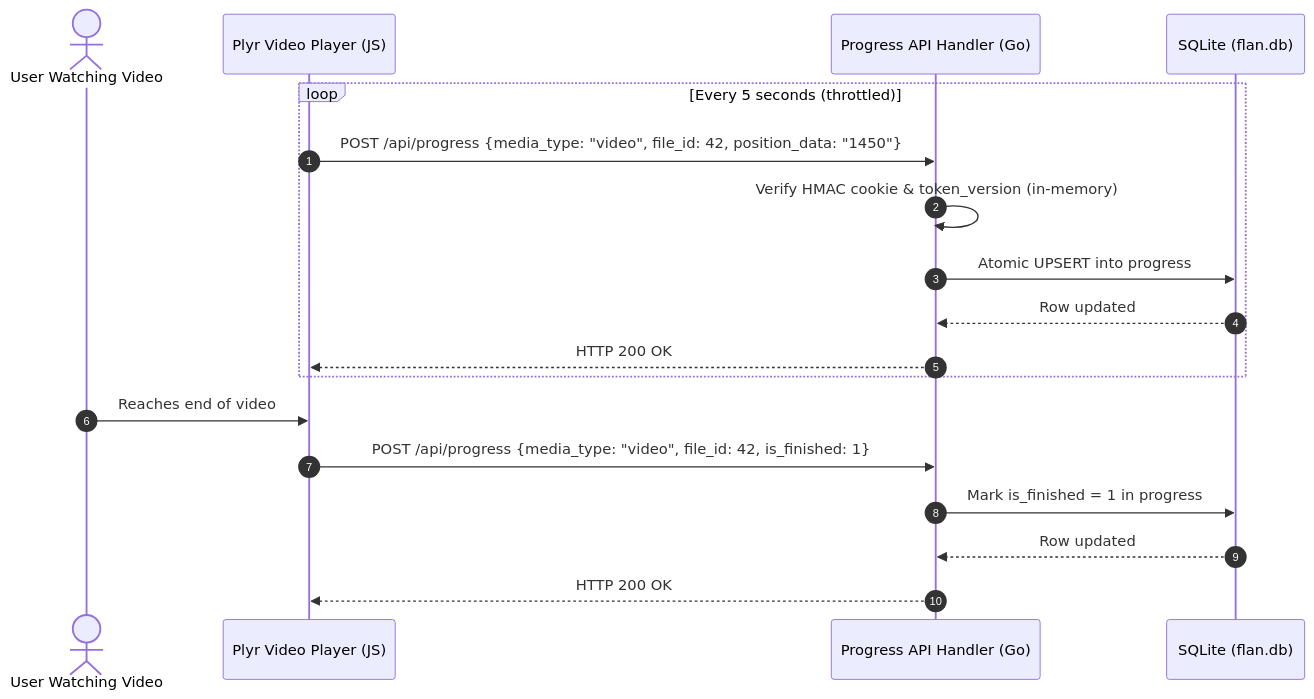
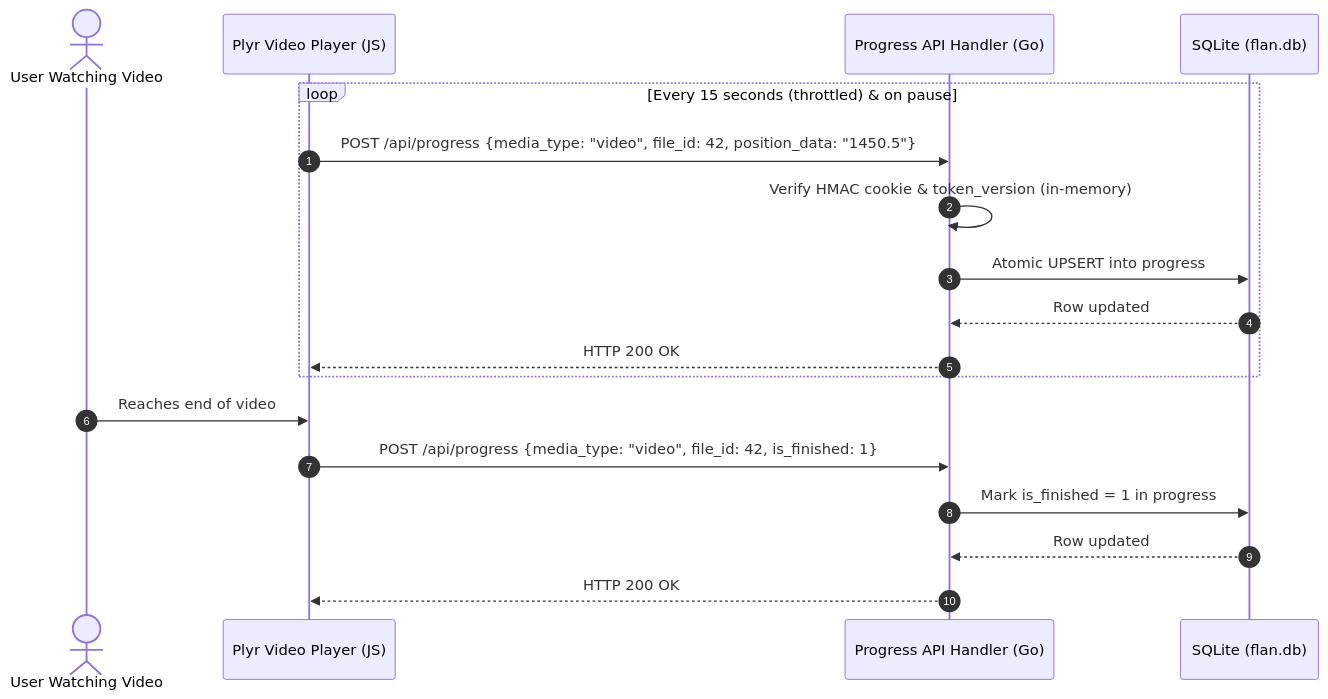
Before and after one commit to WesleyEsq/Flan-Media-Server: the fifth of 6 diagrams in docs/diagrams/data-flow.md, drawn with Mermaid. The commit also changed other lines of this file and 26 other files, not shown here.

````diff
--- a/docs/diagrams/data-flow.md
+++ b/docs/diagrams/data-flow.md
@@ -151,21 +151,21 @@
 ```mermaid
 sequenceDiagram
     autonumber
     actor User as User Watching Video
     participant Player as Plyr Video Player (JS)
     participant API as Progress API Handler (Go)
     participant DB as SQLite (flan.db)
 
-    loop Every 5 seconds (throttled)
-        Player->>API: POST /api/progress {media_type: "video", file_id: 42, position_data: "1450"}
+    loop Every 15 seconds (throttled) & on pause
+        Player->>API: POST /api/progress {media_type: "video", file_id: 42, position_data: "1450.5"}
         API->>API: Verify HMAC cookie & token_version (in-memory)
         API->>DB: Atomic UPSERT into progress
         DB-->>API: Row updated
         API-->>Player: HTTP 200 OK
     end
     User->>Player: Reaches end of video
     Player->>API: POST /api/progress {media_type: "video", file_id: 42, is_finished: 1}
     API->>DB: Mark is_finished = 1 in progress
     DB-->>API: Row updated
     API-->>Player: HTTP 200 OK
 ```
````
